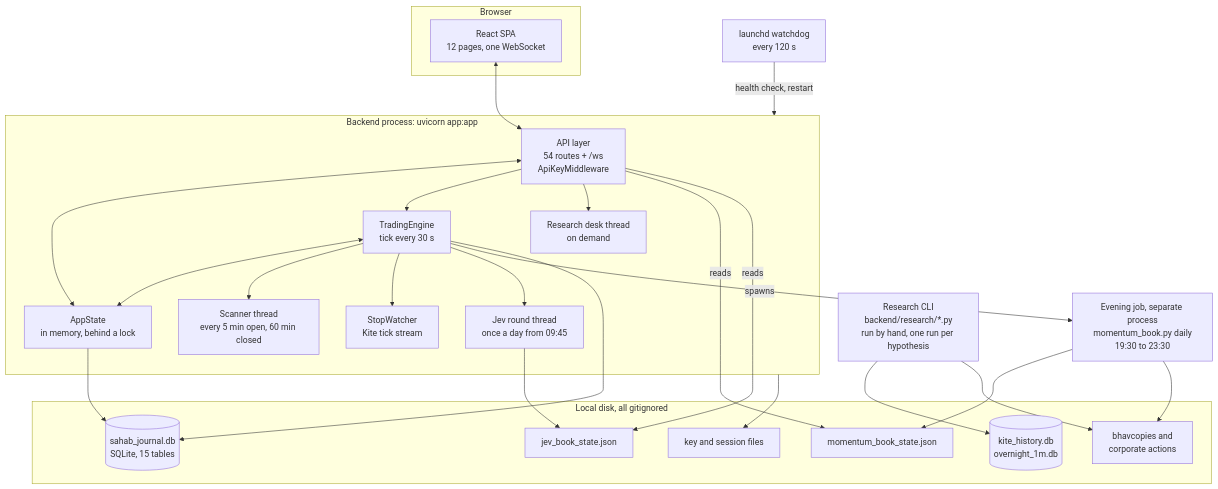
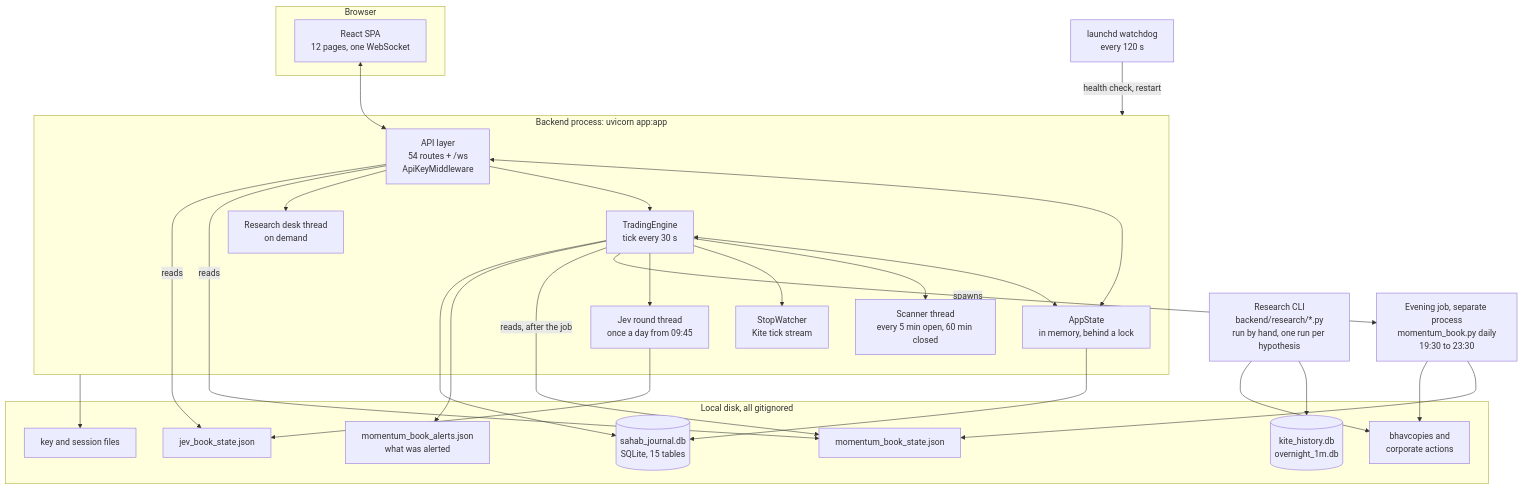
Before and after one commit to harshece16/intraday-trading-agent: the second of 8 diagrams in docs/architecture/HLD.md, drawn with Mermaid. The commit also changed other lines of this file and 22 other files, not shown here.

````diff
--- a/docs/architecture/HLD.md
+++ b/docs/architecture/HLD.md
@@ -84,51 +88,54 @@
 ```mermaid
 flowchart TB
     subgraph Browser["Browser"]
         SPA["React SPA<br/>12 pages, one WebSocket"]
     end
 
     subgraph Proc["Backend process: uvicorn app:app"]
         API["API layer<br/>54 routes + /ws<br/>ApiKeyMiddleware"]
         State["AppState<br/>in memory, behind a lock"]
         Engine["TradingEngine<br/>tick every 30 s"]
         ScanT["Scanner thread<br/>every 5 min open, 60 min closed"]
         StopT["StopWatcher<br/>Kite tick stream"]
         JevT["Jev round thread<br/>once a day from 09:45"]
         DeskT["Research desk thread<br/>on demand"]
     end
 
     Child["Evening job, separate process<br/>momentum_book.py daily<br/>19:30 to 23:30"]
 
     subgraph Disk["Local disk, all gitignored"]
         DB[("sahab_journal.db<br/>SQLite, 15 tables")]
         MB["momentum_book_state.json"]
+        MA["momentum_book_alerts.json<br/>what was alerted"]
         JB["jev_book_state.json"]
         Bhav["bhavcopies and<br/>corporate actions"]
         Hist[("kite_history.db<br/>overnight_1m.db")]
         Keys["key and session files"]
     end
 
     Research["Research CLI<br/>backend/research/*.py<br/>run by hand, one run per hypothesis"]
     Dog["launchd watchdog<br/>every 120 s"]
 
     SPA <--> API
     API <--> State
     API --> Engine
     Engine <--> State
     Engine --> ScanT
     Engine --> StopT
     Engine --> JevT
     API --> DeskT
     Engine -->|"spawns"| Child
+    Engine -->|"reads, after the job"| MB
+    Engine --> MA
     Engine --> DB
     State --> DB
     JevT --> JB
     Child --> MB
     Child --> Bhav
     API -->|"reads"| MB
     API -->|"reads"| JB
     Research --> Hist
     Research --> Bhav
     Dog -->|"health check, restart"| Proc
     Proc --> Keys
 ```
````
